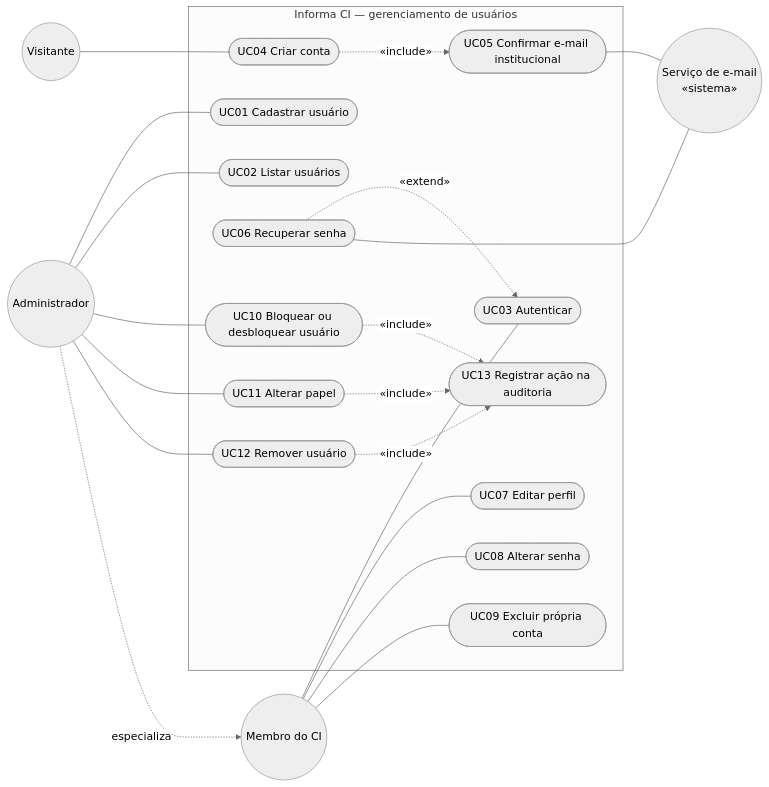
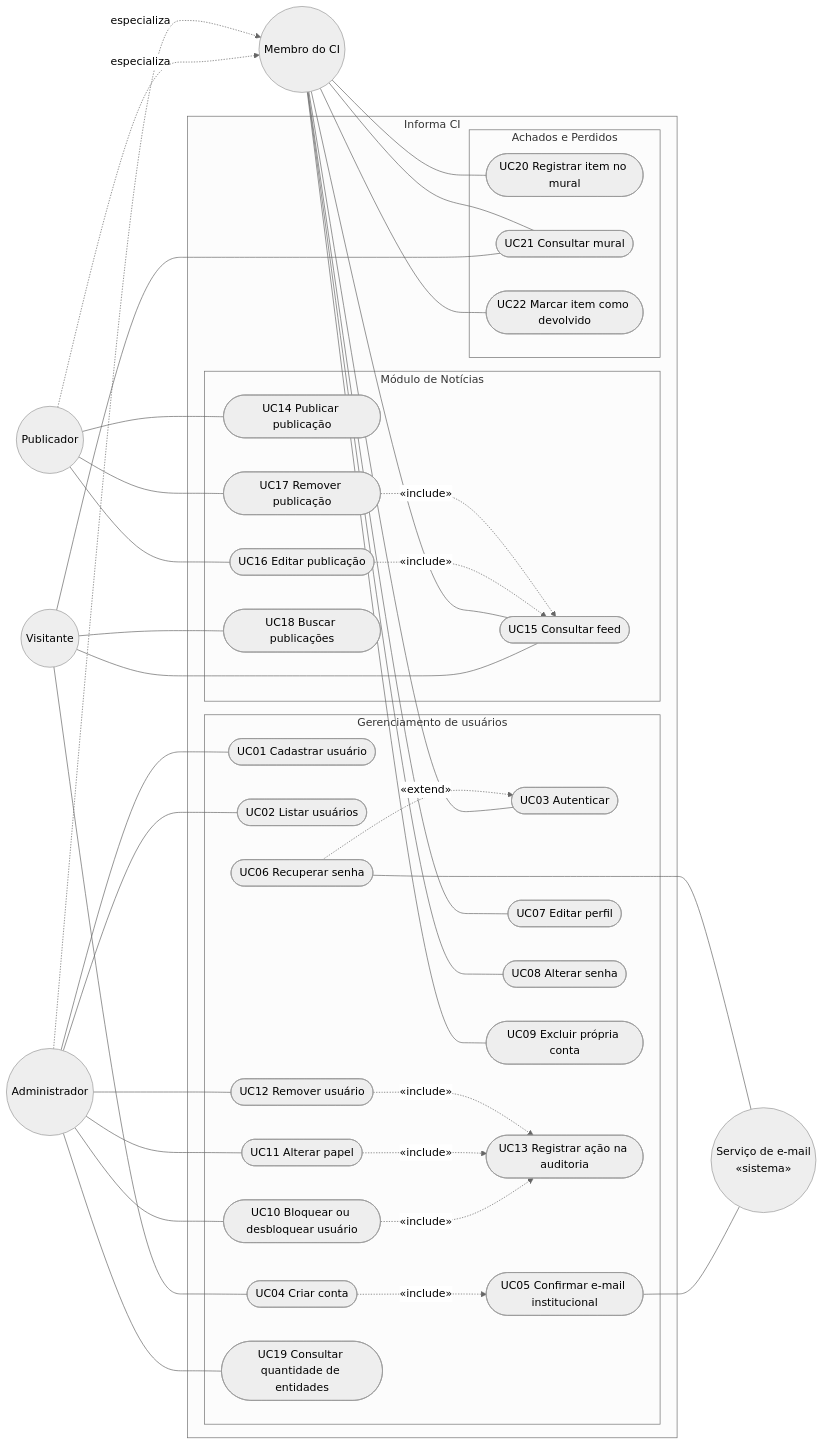
The diagram in docs/04-casos-de-uso/README.md (rodrigomfortes/informa-ci-mps), drawn with Mermaid (neutral theme) before and after one commit. The commit also changed other lines of this file and 7 other files, not shown here.

First line of the commit message:
docs(casos-de-uso): completar diagramas e detalhar UC01, UC14 e UC16

````diff
--- a/docs/04-casos-de-uso/README.md
+++ b/docs/04-casos-de-uso/README.md
@@ -12,43 +12,73 @@
 ```mermaid
 flowchart LR
     Visitante(("Visitante"))
     Membro(("Membro do CI"))
+    Publicador(("Publicador"))
     Administrador(("Administrador"))
     Email(("Serviço de e-mail<br/>«sistema»"))
 
-    subgraph InformaCI["Informa CI — gerenciamento de usuários"]
-        UC01(["UC01 Cadastrar usuário"])
-        UC02(["UC02 Listar usuários"])
-        UC03(["UC03 Autenticar"])
-        UC04(["UC04 Criar conta"])
-        UC05(["UC05 Confirmar e-mail institucional"])
-        UC06(["UC06 Recuperar senha"])
-        UC07(["UC07 Editar perfil"])
-        UC08(["UC08 Alterar senha"])
-        UC09(["UC09 Excluir própria conta"])
-        UC10(["UC10 Bloquear ou desbloquear usuário"])
-        UC11(["UC11 Alterar papel"])
-        UC12(["UC12 Remover usuário"])
-        UC13(["UC13 Registrar ação na auditoria"])
+    subgraph InformaCI["Informa CI"]
+        subgraph Usuarios["Gerenciamento de usuários"]
+            UC01(["UC01 Cadastrar usuário"])
+            UC02(["UC02 Listar usuários"])
+            UC03(["UC03 Autenticar"])
+            UC04(["UC04 Criar conta"])
+            UC05(["UC05 Confirmar e-mail institucional"])
+            UC06(["UC06 Recuperar senha"])
+            UC07(["UC07 Editar perfil"])
+            UC08(["UC08 Alterar senha"])
+            UC09(["UC09 Excluir própria conta"])
+            UC10(["UC10 Bloquear ou desbloquear usuário"])
+            UC11(["UC11 Alterar papel"])
+            UC12(["UC12 Remover usuário"])
+            UC13(["UC13 Registrar ação na auditoria"])
+            UC19(["UC19 Consultar quantidade de entidades"])
+        end
+        subgraph Noticias["Módulo de Notícias"]
+            UC14(["UC14 Publicar publicação"])
+            UC15(["UC15 Consultar feed"])
+            UC16(["UC16 Editar publicação"])
+            UC17(["UC17 Remover publicação"])
+            UC18(["UC18 Buscar publicações"])
+        end
+        subgraph Achados["Achados e Perdidos"]
+            UC20(["UC20 Registrar item no mural"])
+            UC21(["UC21 Consultar mural"])
+            UC22(["UC22 Marcar item como devolvido"])
+        end
     end
 
     Visitante --- UC04
+    Visitante --- UC15
+    Visitante --- UC18
+    Visitante --- UC21
     Membro --- UC03
     Membro --- UC07
     Membro --- UC08
     Membro --- UC09
+    Membro --- UC15
+    Membro --- UC20
+    Membro --- UC21
+    Membro --- UC22
+    Publicador --- UC14
+    Publicador --- UC16
+    Publicador --- UC17
     Administrador --- UC01
     Administrador --- UC02
     Administrador --- UC10
     Administrador --- UC11
     Administrador --- UC12
+    Administrador --- UC19
+    Publicador -. "especializa" .-> Membro
     Administrador -. "especializa" .-> Membro
 
     UC04 -. "«include»" .-> UC05
     UC06 -. "«extend»" .-> UC03
     UC10 -. "«include»" .-> UC13
     UC11 -. "«include»" .-> UC13
     UC12 -. "«include»" .-> UC13
+    UC16 -. "«include»" .-> UC15
+    UC17 -. "«include»" .-> UC15
     UC05 --- Email
     UC06 --- Email
 ```
````
